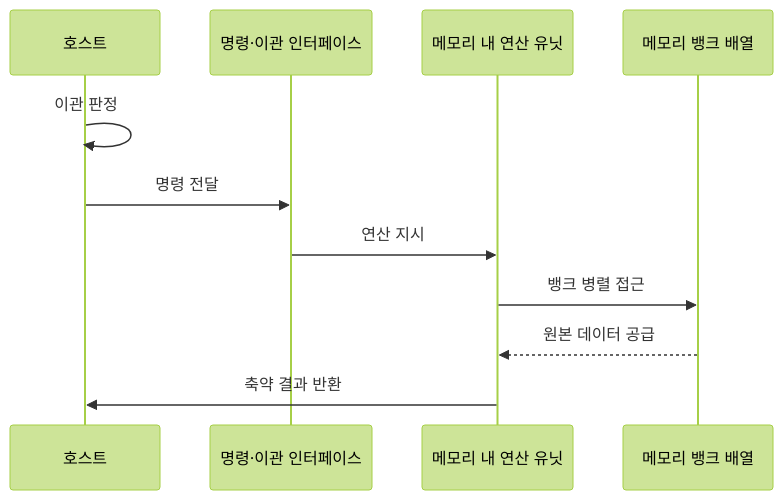
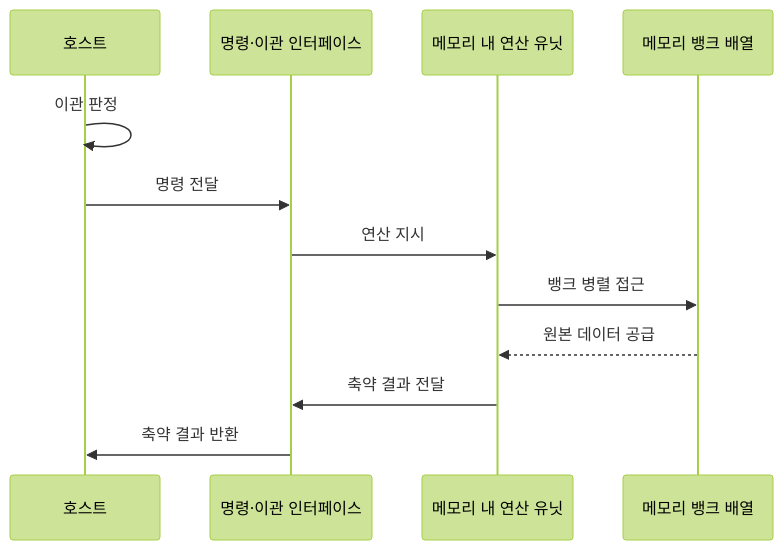
The second of 2 diagrams in src/content/docs/notes/02-hardware/026_pim.md (agnusdei1207/knowledge-base), drawn with Mermaid (forest theme) before and after one commit. The commit also changed other lines of this file and 7 other files, not shown here.

````diff
--- a/src/content/docs/notes/02-hardware/026_pim.md
+++ b/src/content/docs/notes/02-hardware/026_pim.md
@@ -92,13 +92,14 @@
 ```mermaid
 sequenceDiagram
     participant H as 호스트
     participant I as 명령·이관 인터페이스
     participant U as 메모리 내 연산 유닛
     participant A as 메모리 뱅크 배열
     H->>H: 이관 판정
     H->>I: 명령 전달
     I->>U: 연산 지시
     U->>A: 뱅크 병렬 접근
     A-->>U: 원본 데이터 공급
-    U->>H: 축약 결과 반환
+    U->>I: 축약 결과 전달
+    I->>H: 축약 결과 반환
 ```
````
